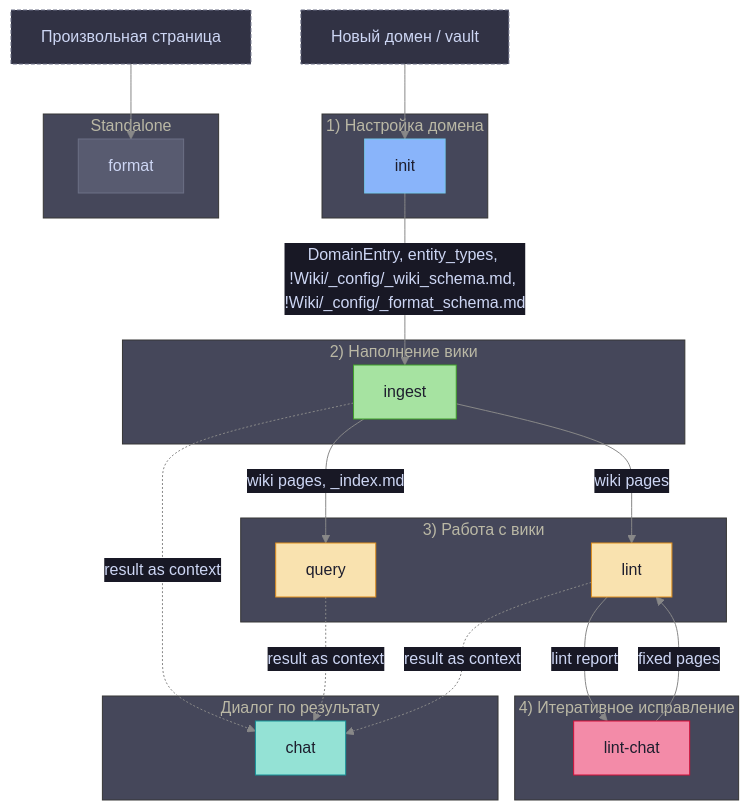
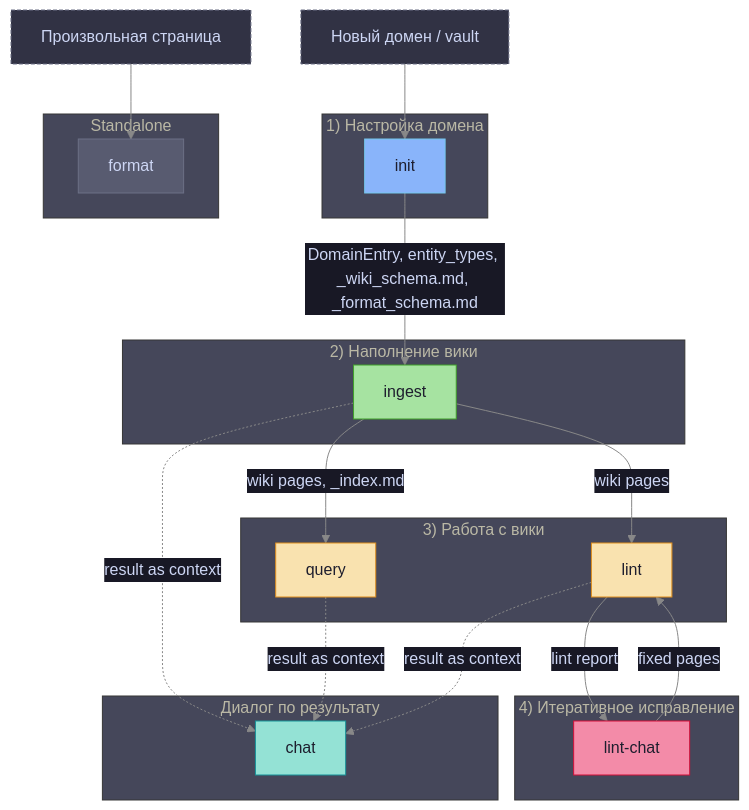
The first of 10 diagrams in docs/prompt-architecture.md (ikeniborn/obsidian-ai-wiki), drawn with Mermaid before and after one commit. The commit also changed other lines of this file and 33 other files, not shown here.

````diff
--- a/docs/prompt-architecture.md
+++ b/docs/prompt-architecture.md
@@ -7,60 +9,60 @@
 ```mermaid
 %%{init: {'theme': 'base', 'themeVariables': {'background': '#1e1e2e', 'primaryColor': '#313244', 'primaryTextColor': '#cdd6f4', 'primaryBorderColor': '#89b4fa', 'lineColor': '#888888', 'secondaryColor': '#181825', 'tertiaryColor': '#45475a'}}}%%
 flowchart TD
     NEW["Новый домен / vault"]
     PAGE["Произвольная страница"]
 
     subgraph s1["1) Настройка домена"]
         INIT["init"]
     end
 
     subgraph s2["2) Наполнение вики"]
         INGEST["ingest"]
     end
 
     subgraph s3["3) Работа с вики"]
         QUERY["query"]
         LINT["lint"]
     end
 
     subgraph s4["4) Итеративное исправление"]
         LINTCHAT["lint-chat"]
     end
 
     subgraph s5["Диалог по результату"]
         CHAT["chat"]
     end
 
     subgraph s6["Standalone"]
         FORMAT["format"]
     end
 
     NEW --> INIT
-    INIT -->|"DomainEntry, entity_types, !Wiki/_config/_wiki_schema.md, !Wiki/_config/_format_schema.md"| INGEST
+    INIT -->|"DomainEntry, entity_types, _wiki_schema.md, _format_schema.md"| INGEST
     INGEST -->|"wiki pages, _index.md"| QUERY
     INGEST -->|"wiki pages"| LINT
     LINT -->|"lint report"| LINTCHAT
     LINTCHAT -->|"fixed pages"| LINT
 
     INGEST -.->|"result as context"| CHAT
     QUERY  -.->|"result as context"| CHAT
     LINT   -.->|"result as context"| CHAT
 
     PAGE --> FORMAT
 
     classDef setup   fill:#89b4fa,color:#1e1e2e,stroke:#74c7ec
     classDef fill_op fill:#a6e3a1,color:#1e1e2e,stroke:#40a02b
     classDef use_op  fill:#f9e2af,color:#1e1e2e,stroke:#df8e1d
     classDef fix_op  fill:#f38ba8,color:#1e1e2e,stroke:#d20f39
     classDef dialog  fill:#94e2d5,color:#1e1e2e,stroke:#179299
     classDef solo    fill:#585b70,color:#cdd6f4,stroke:#6c7086
     classDef input   fill:#313244,color:#cdd6f4,stroke:#6c7086,stroke-dasharray:4 2
 
     class INIT setup
     class INGEST fill_op
     class QUERY,LINT use_op
     class LINTCHAT fix_op
     class CHAT dialog
     class FORMAT solo
     class NEW,PAGE input
 ```
````
